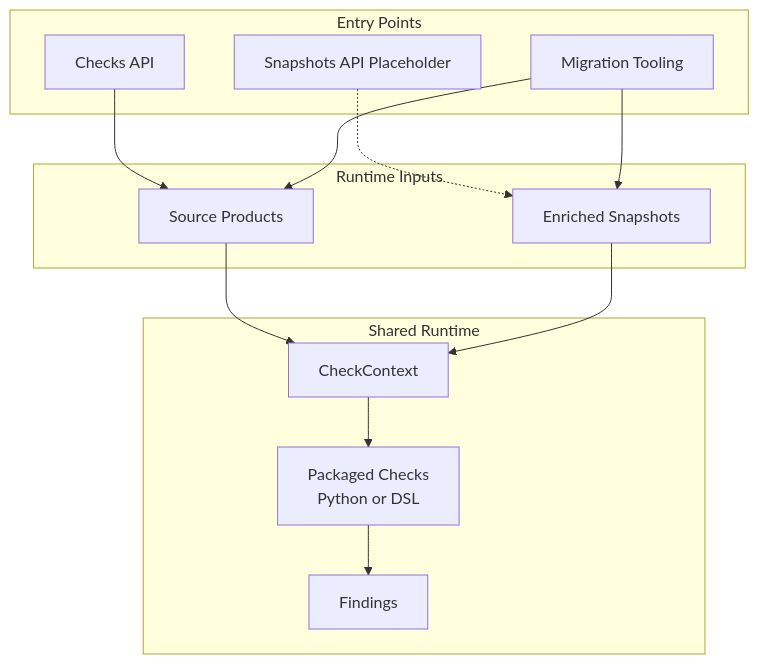
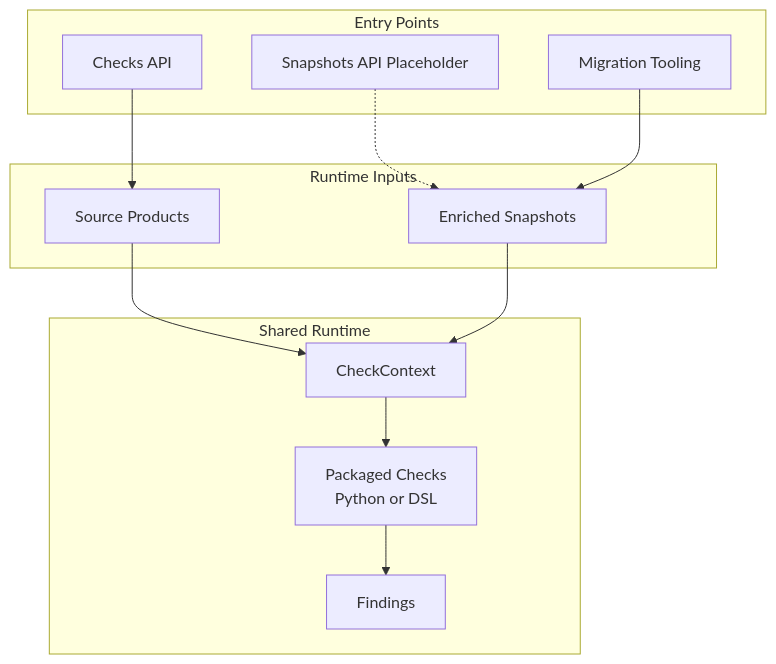
Before and after one commit to bobcorn/openfoodfacts-data-quality: the diagram in docs/explanation/runtime-model.md, drawn with Mermaid. The commit also changed other lines of this file and 57 other files, not shown here.

````diff
--- a/docs/explanation/runtime-model.md
+++ b/docs/explanation/runtime-model.md
@@ -62,27 +62,26 @@
 ```mermaid
 flowchart TB
     subgraph CALLERS["Entry Points"]
         A["Checks API"]
         B["Snapshots API Placeholder"]
         C["Migration Tooling"]
     end
 
     subgraph INPUTS["Runtime Inputs"]
         D["Source Products"]
         E["Enriched Snapshots"]
     end
 
     subgraph RT["Shared Runtime"]
         F["CheckContext"]
         G["Packaged Checks<br/>Python or DSL"]
         H["Findings"]
         F --> G --> H
     end
 
     A --> D
     B -.-> E
-    C --> D
     C --> E
     D --> F
     E --> F
 ```
````
